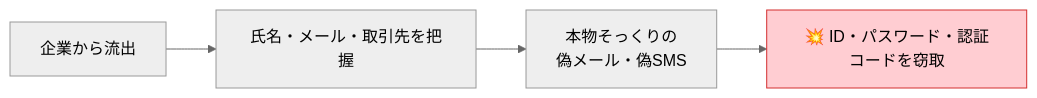
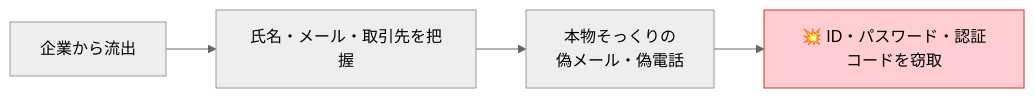
One commit to kashiwabarakenji/multimedia changed the third of 3 diagrams in security.qmd. Above: the diagram before and after it, drawn with Mermaid (neutral theme). The commit also changed other lines of this file and 1 other file, not shown here.

````diff
--- a/security.qmd
+++ b/security.qmd
@@ -320,7 +184,7 @@
 ```{mermaid}
 flowchart LR
     A[企業から流出] --> B[氏名・メール・取引先を把握]
-    B --> C["本物そっくりの<br/>偽メール・偽SMS"]
+    B --> C["本物そっくりの<br/>偽メール・偽電話"]
     C --> D[💥 ID・パスワード・認証コードを窃取]
     style D fill:#ffcdd2,stroke:#d32f2f
 ```
````
